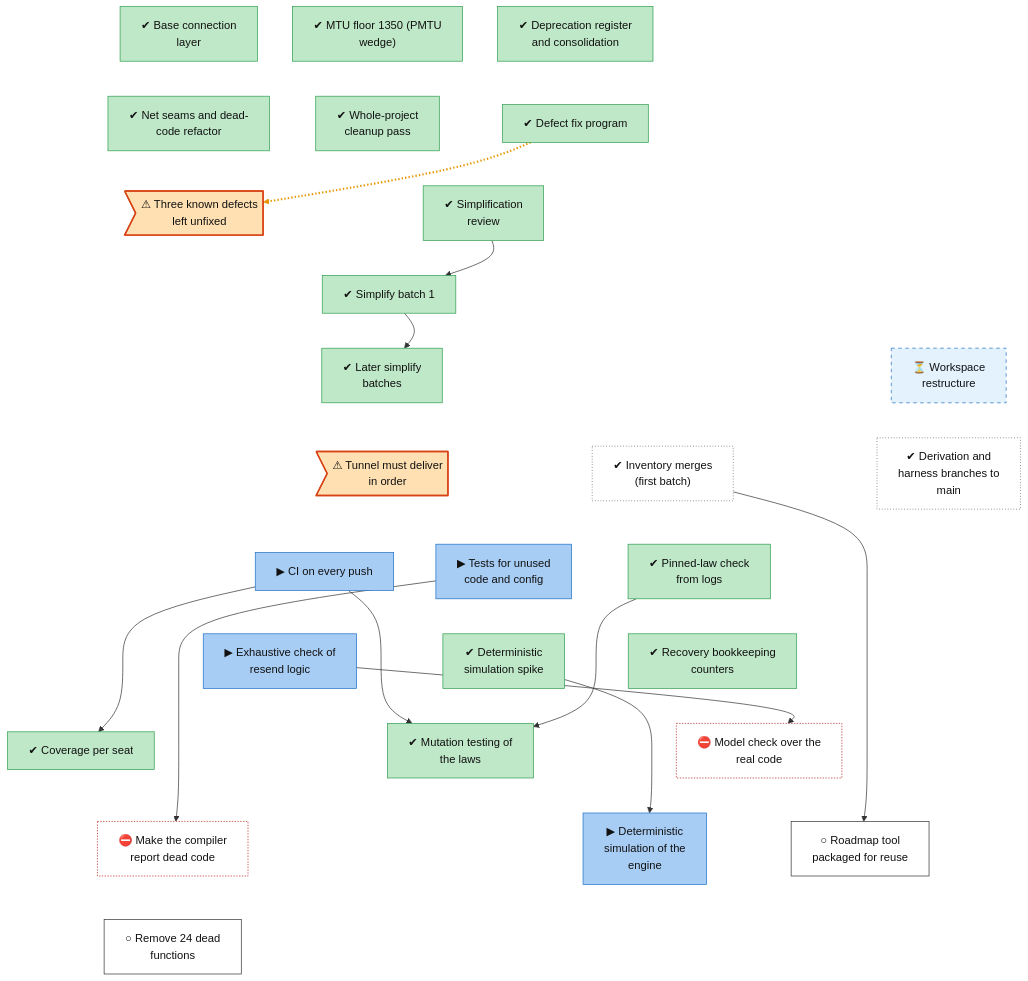
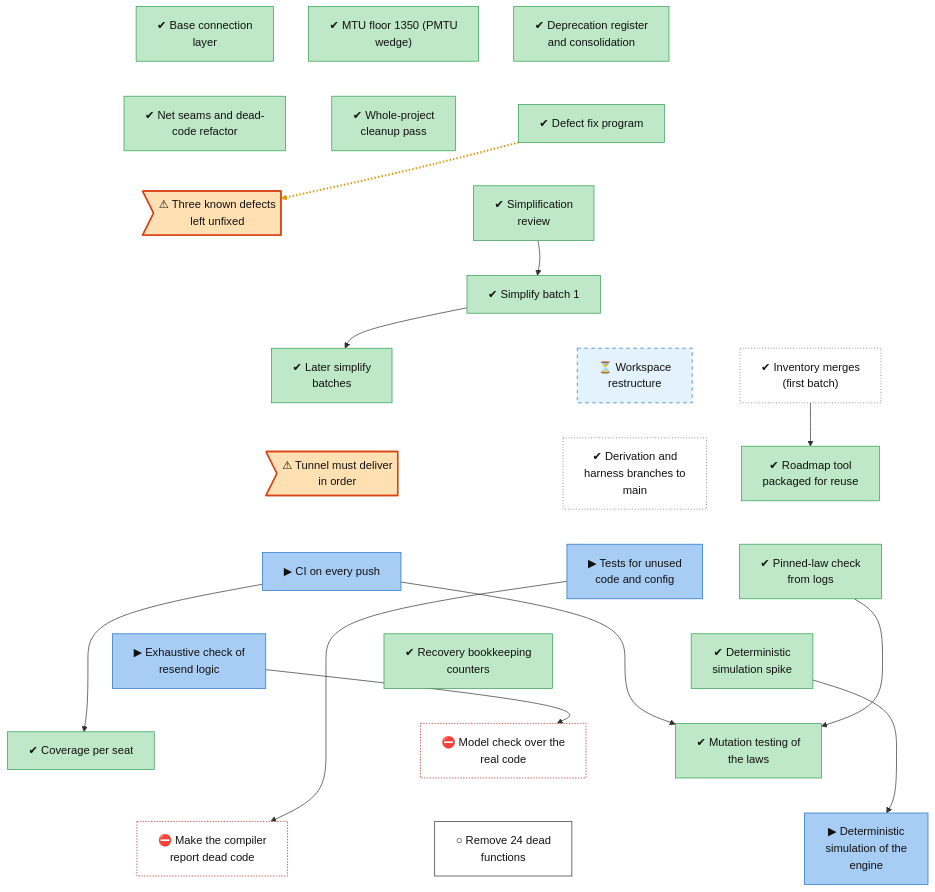
One commit to lhns/raptorpath changed the diagram in docs/roadmap/tracks/infra.md. Above: the diagram before and after it, drawn with Mermaid. The commit also changed other lines of this file and 4 other files, not shown here.

Commit message:
roadmap: tech-tree skill merged (design-skills ea48dcf9); lever B stays paused with a revisit trigger

````diff
--- a/docs/roadmap/tracks/infra.md
+++ b/docs/roadmap/tracks/infra.md
@@ -23,6 +23,7 @@
     infra_inventory_merges["✔ Inventory merges<br/>(first batch)"]
     infra_tunnel_inorder_guard>"⚠ Tunnel must deliver<br/>in order"]
     infra_derivation_merges["✔ Derivation and<br/>harness branches to<br/>main"]
+    infra_tech_tree_skill["✔ Roadmap tool<br/>packaged for reuse"]
     infra_test_ci_gate["▶ CI on every push"]
     infra_test_static_audits["▶ Tests for unused<br/>code and config"]
     infra_test_pinned_law_check["✔ Pinned-law check<br/>from logs"]
@@ -34,7 +35,6 @@
     infra_test_model_real_decisions["⛔ Model check over the<br/>real code"]
     infra_test_pub_narrowing["⛔ Make the compiler<br/>report dead code"]
     infra_test_sim_engine["▶ Deterministic<br/>simulation of the<br/>engine"]
-    infra_tech_tree_skill["○ Roadmap tool<br/>packaged for reuse"]
     infra_dead_code_batch["○ Remove 24 dead<br/>functions"]
     infra_early_platform ~~~ infra_net_seams
     infra_mtu_floor ~~~ infra_cleanup_0927
@@ -49,9 +49,10 @@
     infra_simplify_batch1 ~~~ infra_inventory_merges
     infra_simplify_batch2 ~~~ infra_tunnel_inorder_guard
     infra_restructure ~~~ infra_derivation_merges
-    infra_inventory_merges ~~~ infra_test_ci_gate
-    infra_tunnel_inorder_guard ~~~ infra_test_static_audits
-    infra_derivation_merges ~~~ infra_test_pinned_law_check
+    infra_inventory_merges ~~~ infra_tech_tree_skill
+    infra_tunnel_inorder_guard ~~~ infra_test_ci_gate
+    infra_derivation_merges ~~~ infra_test_static_audits
+    infra_tech_tree_skill ~~~ infra_test_pinned_law_check
     infra_test_ci_gate ~~~ infra_test_recovery_model
     infra_test_static_audits ~~~ infra_test_sim_spike
     infra_test_pinned_law_check ~~~ infra_test_recovery_counters
@@ -60,18 +61,17 @@
     infra_test_recovery_counters ~~~ infra_test_model_real_decisions
     infra_test_seat_coverage ~~~ infra_test_pub_narrowing
     infra_test_mutation ~~~ infra_test_sim_engine
-    infra_test_model_real_decisions ~~~ infra_tech_tree_skill
-    infra_test_pub_narrowing ~~~ infra_dead_code_batch
+    infra_test_model_real_decisions ~~~ infra_dead_code_batch
     infra_fix_program -.-> infra_defect_recorded_not_fixed
     infra_simplify_review --> infra_simplify_batch1
     infra_simplify_batch1 --> infra_simplify_batch2
+    infra_inventory_merges --> infra_tech_tree_skill
     infra_test_ci_gate --> infra_test_seat_coverage
     infra_test_ci_gate --> infra_test_mutation
     infra_test_pinned_law_check --> infra_test_mutation
     infra_test_recovery_model --> infra_test_model_real_decisions
     infra_test_static_audits --> infra_test_pub_narrowing
     infra_test_sim_spike --> infra_test_sim_engine
-    infra_inventory_merges --> infra_tech_tree_skill
     linkStyle 26 stroke:#e69500,stroke-width:3px,stroke-dasharray:2 3
     classDef vsucc fill:#2e9e4f,stroke:#1b6b34,color:#fff
     classDef succ fill:#bfe8c8,stroke:#2e9e4f,color:#111
@@ -86,11 +86,11 @@
     classDef userdec fill:#d9c2f0,stroke:#7b3fb5,color:#111
     classDef defect fill:#ffe0b2,stroke:#d84315,stroke-width:2px,color:#111
     classDef waiting fill:#e3f2fd,stroke:#1f6fc5,stroke-dasharray:5 5,color:#111
-    class infra_early_platform,infra_mtu_floor,infra_consolidation,infra_net_seams,infra_cleanup_0927,infra_fix_program,infra_simplify_review,infra_simplify_batch1,infra_simplify_batch2,infra_test_pinned_law_check,infra_test_sim_spike,infra_test_recovery_counters,infra_test_seat_coverage,infra_test_mutation succ
+    class infra_early_platform,infra_mtu_floor,infra_consolidation,infra_net_seams,infra_cleanup_0927,infra_fix_program,infra_simplify_review,infra_simplify_batch1,infra_simplify_batch2,infra_tech_tree_skill,infra_test_pinned_law_check,infra_test_sim_spike,infra_test_recovery_counters,infra_test_seat_coverage,infra_test_mutation succ
     class infra_defect_recorded_not_fixed,infra_tunnel_inorder_guard defect
     class infra_restructure waiting
     class infra_inventory_merges,infra_derivation_merges unrated
     class infra_test_ci_gate,infra_test_static_audits,infra_test_recovery_model,infra_test_sim_engine inprog
     class infra_test_model_real_decisions,infra_test_pub_narrowing blocked
-    class infra_tech_tree_skill,infra_dead_code_batch next
+    class infra_dead_code_batch next
 ```
````
